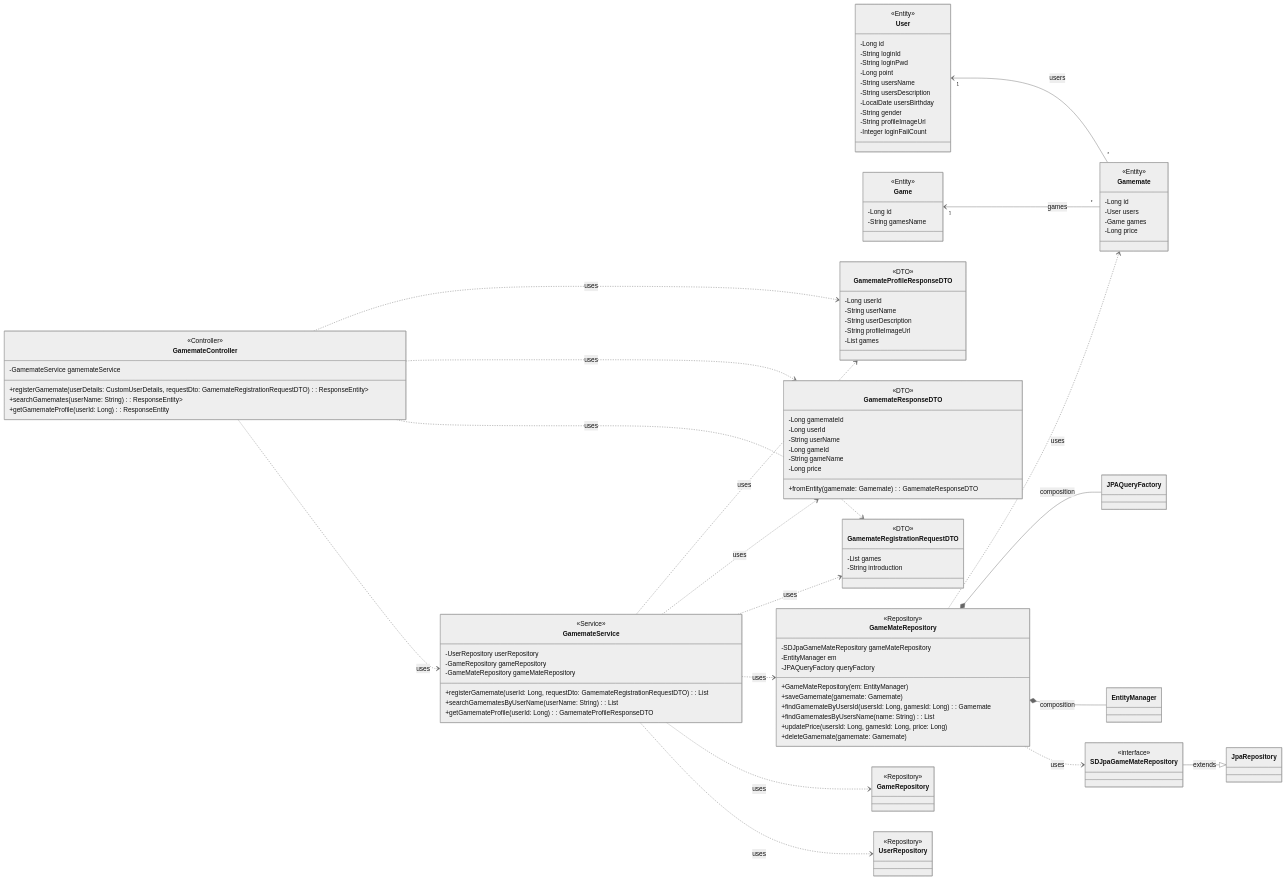
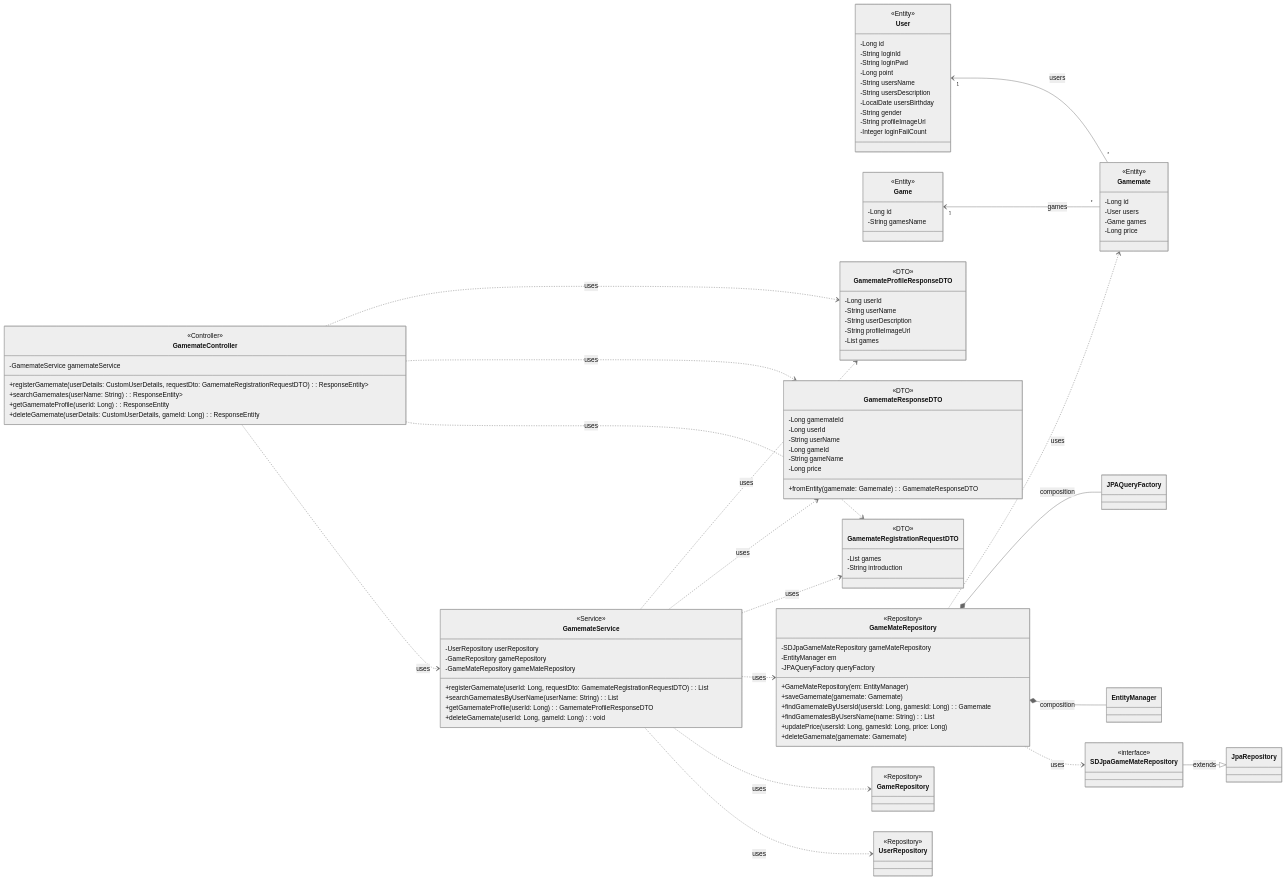
Before and after one commit to Wooong-E/game-s-cord: the diagram in backend/classDiagram/gamemateDiagram.md, drawn with Mermaid (neutral theme). The commit also changed other lines of this file and 3 other files, not shown here.

Commit message:
feat:gamemateDelete Controller, Service, Diagram

```diff
--- a/backend/classDiagram/gamemateDiagram.md
+++ b/backend/classDiagram/gamemateDiagram.md
@@ -8,6 +8,7 @@
         +registerGamemate(userDetails: CustomUserDetails, requestDto: GamemateRegistrationRequestDTO): ResponseEntity<List<GamemateResponseDTO>>
         +searchGamemates(userName: String): ResponseEntity<List<GamemateResponseDTO>>
         +getGamemateProfile(userId: Long): ResponseEntity<GamemateProfileResponseDTO>
+        +deleteGamemate(userDetails: CustomUserDetails, gameId: Long): ResponseEntity<Void>
     }
 
     class GamemateService {
@@ -18,6 +19,7 @@
         +registerGamemate(userId: Long, requestDto: GamemateRegistrationRequestDTO): List<GamemateResponseDTO>
         +searchGamematesByUserName(userName: String): List<GamemateResponseDTO>
         +getGamemateProfile(userId: Long): GamemateProfileResponseDTO
+        +deleteGamemate(userId: Long, gameId: Long): void
     }
 
     class User {
```
